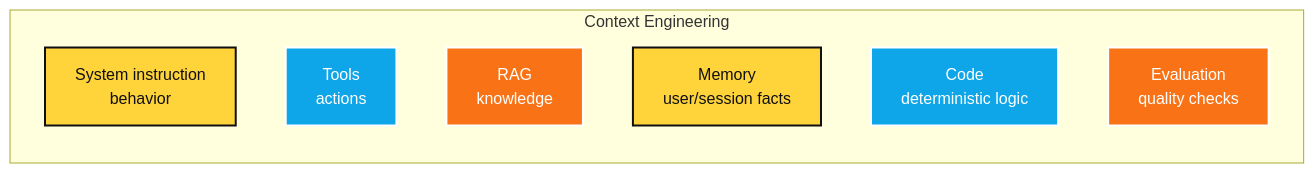
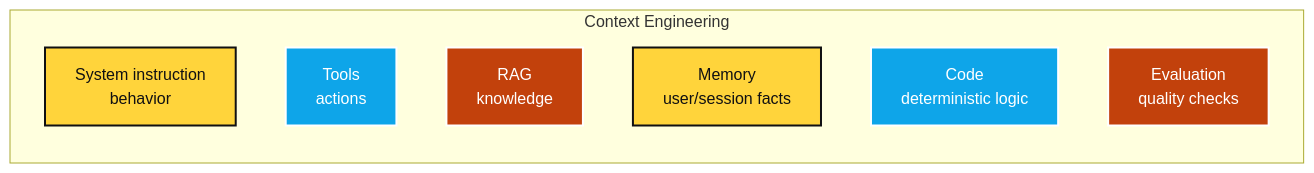
Before and after one commit to susmitpy/talks: diagram 12 of 12 in backend_data_science_ai.md, drawn with Mermaid. The commit also changed other lines of this file and 2 other files, not shown here.

````diff
--- a/backend_data_science_ai.md
+++ b/backend_data_science_ai.md
@@ -2080,19 +1935,18 @@
 ```mermaid
 flowchart LR
     subgraph ContextSystem [Context Engineering]
-      direction TD
       S[System instruction<br/>behavior]
       T[Tools<br/>actions]
       R[RAG<br/>knowledge]
       M[Memory<br/>user/session facts]
       C[Code<br/>deterministic logic]
       E[Evaluation<br/>quality checks]
     end
 
     classDef yellow fill:#FFD43B,stroke:#101012,stroke-width:2px,color:#101012;
     classDef blue fill:#0EA5E9,stroke:#FFFFFF,stroke-width:2px,color:#FFFFFF;
-    classDef orange fill:#F97316,stroke:#FFFFFF,stroke-width:2px,color:#FFFFFF;
+    classDef orange fill:#C2410C,stroke:#FFFFFF,stroke-width:2px,color:#FFFFFF;
     class S,M yellow;
     class T,C blue;
     class R,E orange;
 ```
````
